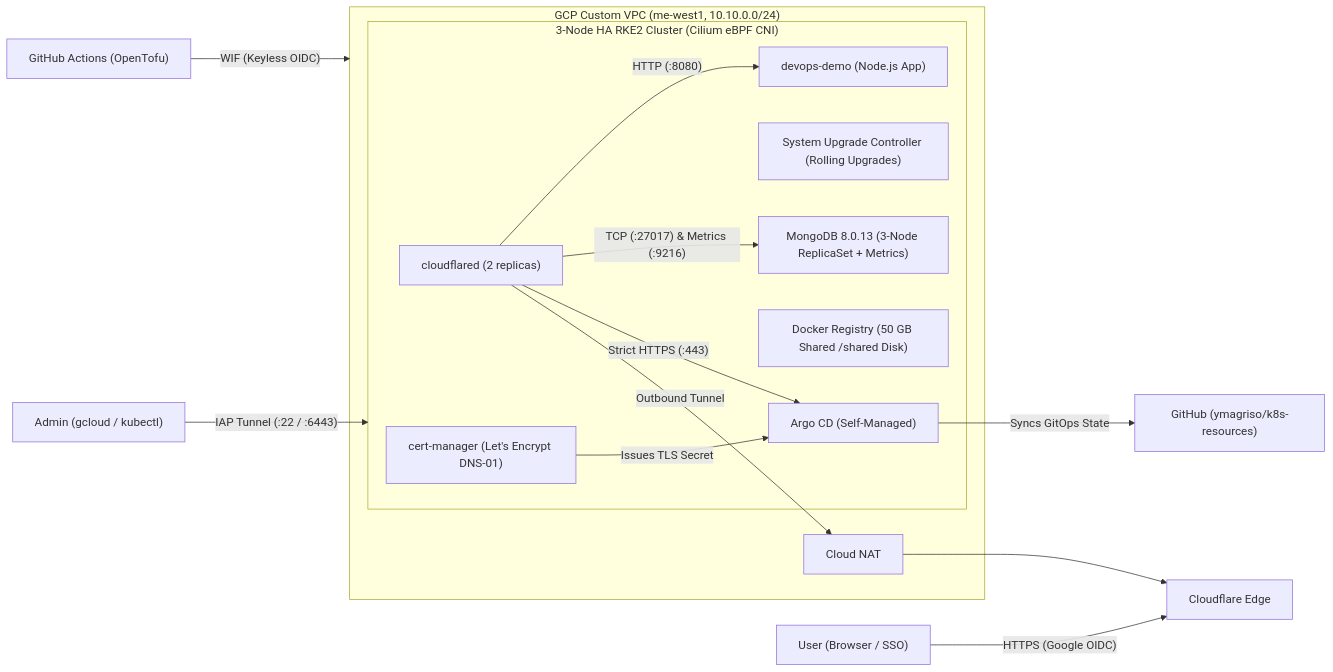
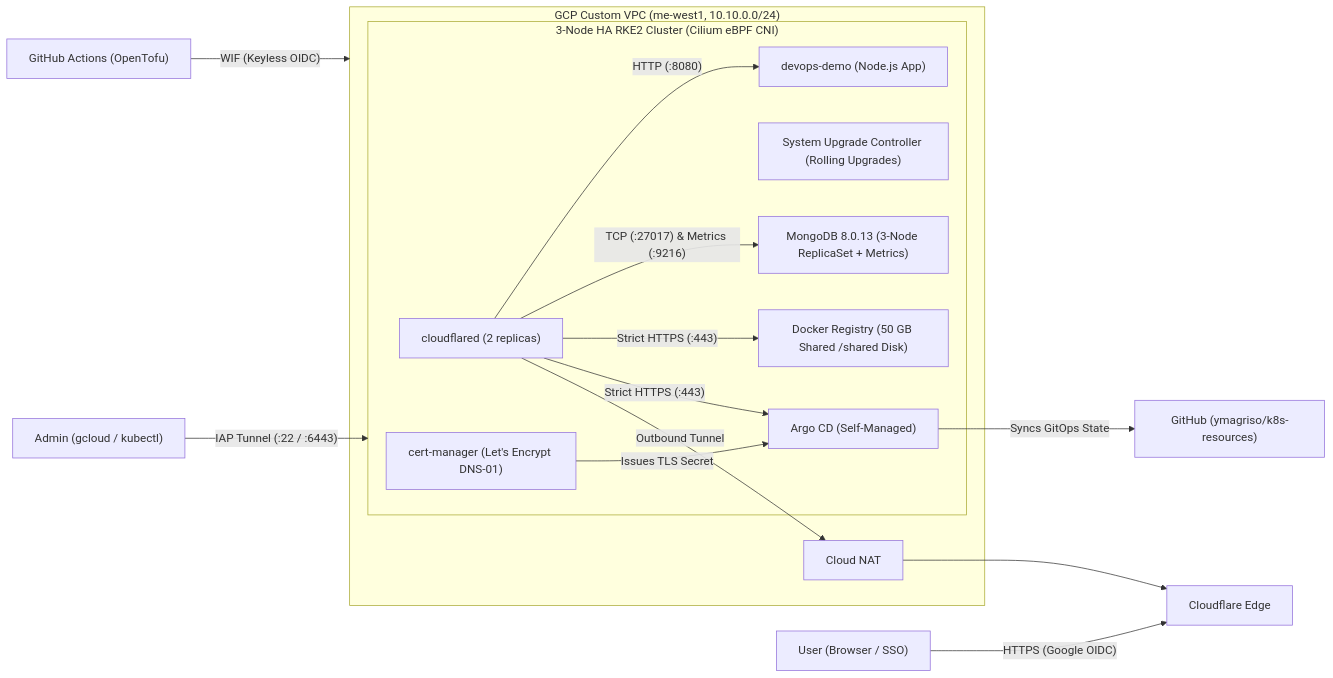
One commit to ymagriso/devops-exercise changed the diagram in README.md. Above: the diagram before and after it, drawn with Mermaid. The commit also changed 3 other files, not shown here.

````diff
--- a/README.md
+++ b/README.md
@@ -11,26 +11,27 @@
 ```mermaid
 flowchart LR
     Admin["Admin (gcloud / kubectl)"] -->|"IAP Tunnel (:22 / :6443)"| RKE2
     User["User (Browser / SSO)"] -->|"HTTPS (Google OIDC)"| CF["Cloudflare Edge"]
     CI["GitHub Actions (OpenTofu)"] -->|"WIF (Keyless OIDC)"| GCP
     subgraph GCP["GCP Custom VPC (me-west1, 10.10.0.0/24)"]
         NAT["Cloud NAT"]
         subgraph RKE2["3-Node HA RKE2 Cluster (Cilium eBPF CNI)"]
             CFD["cloudflared (2 replicas)"]
             Argo["Argo CD (Self-Managed)"]
             CM["cert-manager (Let's Encrypt DNS-01)"]
             SUC["System Upgrade Controller (Rolling Upgrades)"]
             Mongo["MongoDB 8.0.13 (3-Node ReplicaSet + Metrics)"]
             Registry["Docker Registry (50 GB Shared /shared Disk)"]
             Demo["devops-demo (Node.js App)"]
         end
     end
     GH["GitHub (ymagriso/k8s-resources)"]
 
     CFD -->|"Outbound Tunnel"| NAT --> CF
     CFD -->|"Strict HTTPS (:443)"| Argo
+    CFD -->|"Strict HTTPS (:443)"| Registry
     CFD -->|"TCP (:27017) & Metrics (:9216)"| Mongo
     CFD -->|"HTTP (:8080)"| Demo
     CM -->|"Issues TLS Secret"| Argo
     Argo -->|"Syncs GitOps State"| GH
 ```
````
